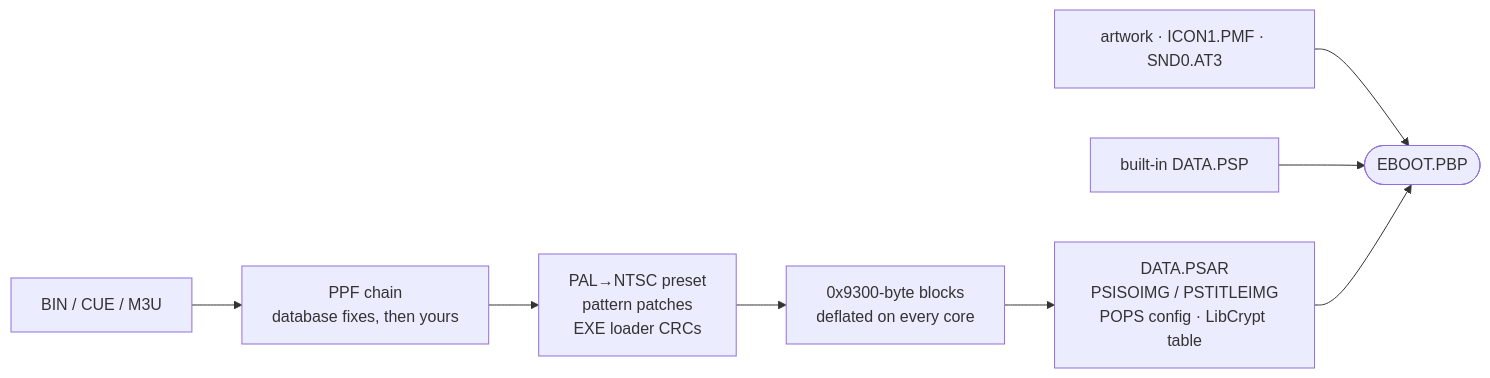
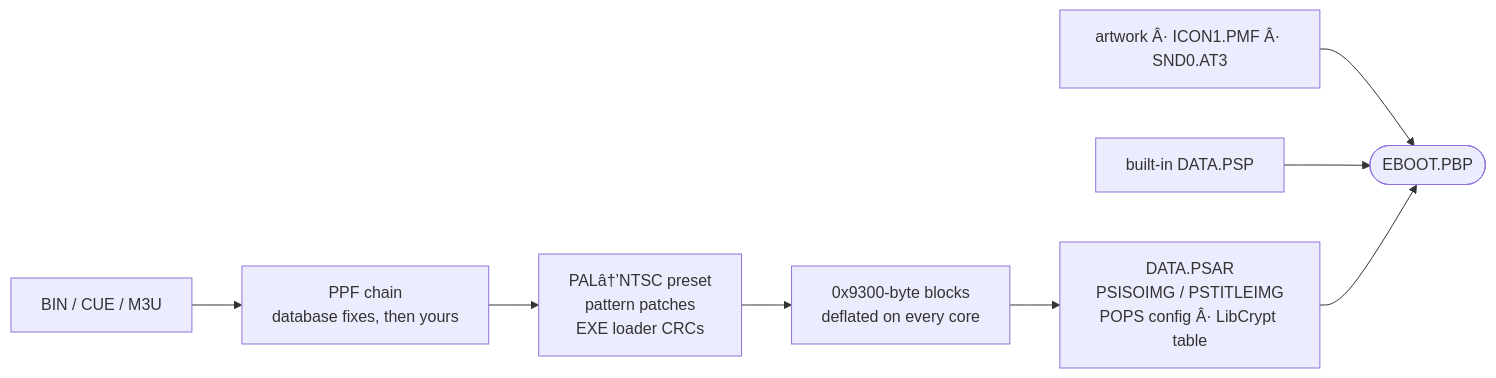
The second of 2 diagrams in README.md (hkmodd/PSX2PSP-Reborn), drawn with Mermaid before and after one commit. The commit also changed other lines of this file and 1 other file, not shown here.

````diff
--- a/README.md
+++ b/README.md
@@ -254,10 +254,10 @@
 ```mermaid
 flowchart LR
     CUE["BIN / CUE / M3U"] --> PPF["PPF chain<br/>database fixes, then yours"]
-    PPF --> PAT["PAL→NTSC preset<br/>pattern patches<br/>EXE loader CRCs"]
+    PPF --> PAT["PALâ†’NTSC preset<br/>pattern patches<br/>EXE loader CRCs"]
     PAT --> BLK["0x9300-byte blocks<br/>deflated on every core"]
-    BLK --> PSAR["DATA.PSAR<br/>PSISOIMG / PSTITLEIMG<br/>POPS config · LibCrypt table"]
-    ART["artwork · ICON1.PMF · SND0.AT3"] --> PBP
+    BLK --> PSAR["DATA.PSAR<br/>PSISOIMG / PSTITLEIMG<br/>POPS config Â· LibCrypt table"]
+    ART["artwork Â· ICON1.PMF Â· SND0.AT3"] --> PBP
     DON["built-in DATA.PSP"] --> PBP
     PSAR --> PBP(["EBOOT.PBP"])
 ```
````
